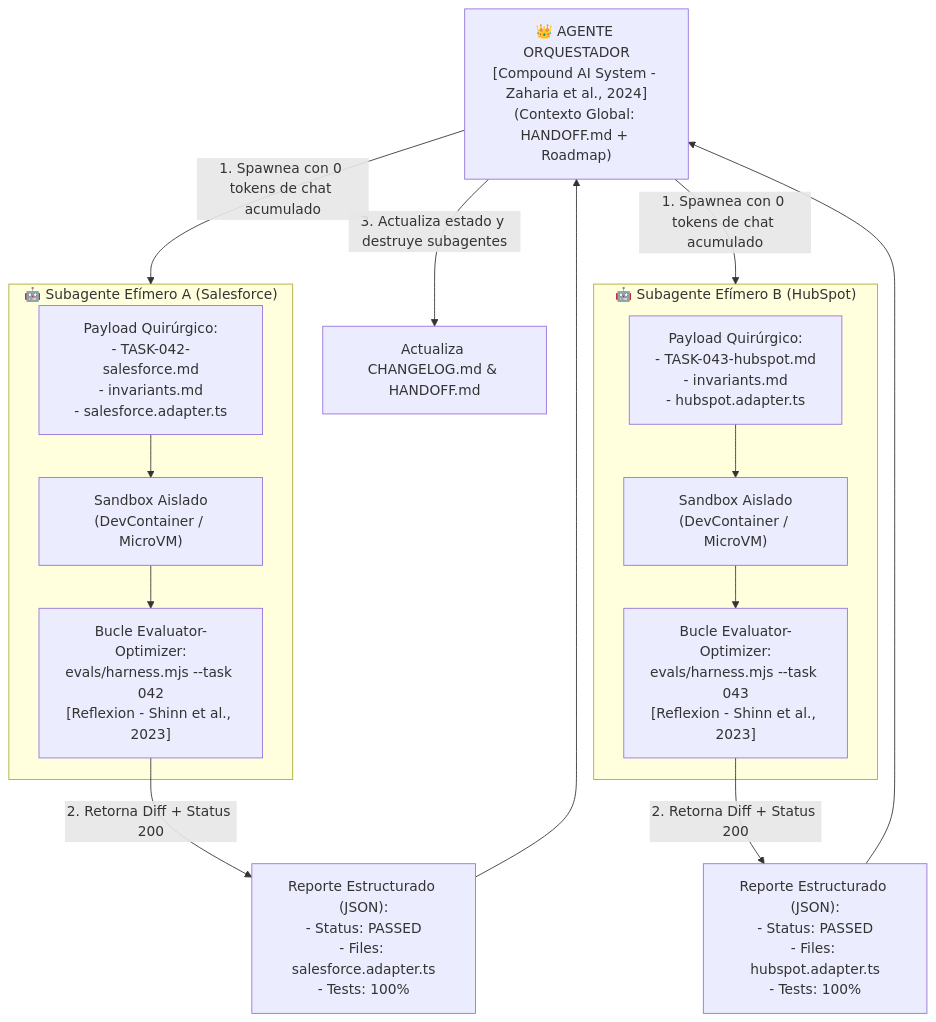
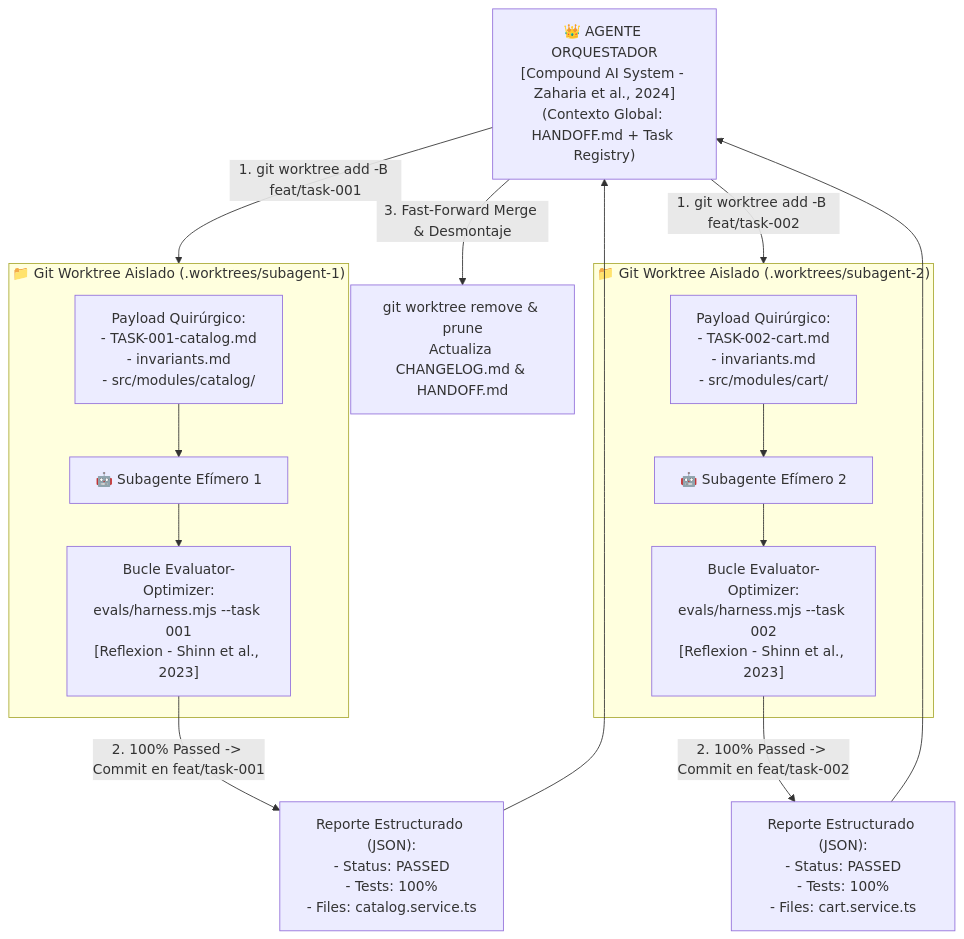
Before and after one commit to trautslab/ai-sdlc-framework: the second of 4 diagrams in docs/deep-dives/02-CONTEXT-GOVERNANCE-TOKENOMICS-AND-PLATFORMS.md, drawn with Mermaid. The commit also changed other lines of this file, not shown here.

Commit message:
docs(deep-dives): enrich Deep Dive 02 with Git Worktrees OS-level subagent isolation, Task Correlative Locks, and Stdio MCP architecture

````diff
--- a/docs/deep-dives/02-CONTEXT-GOVERNANCE-TOKENOMICS-AND-PLATFORMS.md
+++ b/docs/deep-dives/02-CONTEXT-GOVERNANCE-TOKENOMICS-AND-PLATFORMS.md
@@ -51,29 +55,29 @@
 ```mermaid
 flowchart TD
-    Orchestrator["👑 AGENTE ORQUESTADOR\n[Compound AI System - Zaharia et al., 2024]\n(Contexto Global: HANDOFF.md + Roadmap)"]
+    Orchestrator["👑 AGENTE ORQUESTADOR\n[Compound AI System - Zaharia et al., 2024]\n(Contexto Global: HANDOFF.md + Task Registry)"]
     
-    subgraph SUBAGENT_A["🤖 Subagente Efímero A (Salesforce)"]
-        PayloadA["Payload Quirúrgico:\n- TASK-042-salesforce.md\n- invariants.md\n- salesforce.adapter.ts"]
-        SandboxA["Sandbox Aislado\n(DevContainer / MicroVM)"]
-        EvalA["Bucle Evaluator-Optimizer:\nevals/harness.mjs --task 042\n[Reflexion - Shinn et al., 2023]"]
-        PayloadA --> SandboxA --> EvalA
+    subgraph WORKTREE_A["📁 Git Worktree Aislado (.worktrees/subagent-1)"]
+        PayloadA["Payload Quirúrgico:\n- TASK-001-catalog.md\n- invariants.md\n- src/modules/catalog/"]
+        SubagentA["🤖 Subagente Efímero 1"]
+        EvalA["Bucle Evaluator-Optimizer:\nevals/harness.mjs --task 001\n[Reflexion - Shinn et al., 2023]"]
+        PayloadA --> SubagentA --> EvalA
     end
 
-    subgraph SUBAGENT_B["🤖 Subagente Efímero B (HubSpot)"]
-        PayloadB["Payload Quirúrgico:\n- TASK-043-hubspot.md\n- invariants.md\n- hubspot.adapter.ts"]
-        SandboxB["Sandbox Aislado\n(DevContainer / MicroVM)"]
-        EvalB["Bucle Evaluator-Optimizer:\nevals/harness.mjs --task 043\n[Reflexion - Shinn et al., 2023]"]
-        PayloadB --> SandboxB --> EvalB
+    subgraph WORKTREE_B["📁 Git Worktree Aislado (.worktrees/subagent-2)"]
+        PayloadB["Payload Quirúrgico:\n- TASK-002-cart.md\n- invariants.md\n- src/modules/cart/"]
+        SubagentB["🤖 Subagente Efímero 2"]
+        EvalB["Bucle Evaluator-Optimizer:\nevals/harness.mjs --task 002\n[Reflexion - Shinn et al., 2023]"]
+        PayloadB --> SubagentB --> EvalB
     end
 
-    Orchestrator -->|1. Spawnea con 0 tokens de chat acumulado| SUBAGENT_A
-    Orchestrator -->|1. Spawnea con 0 tokens de chat acumulado| SUBAGENT_B
+    Orchestrator -->|1. git worktree add -B feat/task-001| WORKTREE_A
+    Orchestrator -->|1. git worktree add -B feat/task-002| WORKTREE_B
 
-    EvalA -- 2. Retorna Diff + Status 200 --> BubbleUpA["Reporte Estructurado (JSON):\n- Status: PASSED\n- Files: salesforce.adapter.ts\n- Tests: 100%"]
-    EvalB -- 2. Retorna Diff + Status 200 --> BubbleUpB["Reporte Estructurado (JSON):\n- Status: PASSED\n- Files: hubspot.adapter.ts\n- Tests: 100%"]
+    EvalA -- 2. 100% Passed -> Commit en feat/task-001 --> BubbleUpA["Reporte Estructurado (JSON):\n- Status: PASSED\n- Tests: 100%\n- Files: catalog.service.ts"]
+    EvalB -- 2. 100% Passed -> Commit en feat/task-002 --> BubbleUpB["Reporte Estructurado (JSON):\n- Status: PASSED\n- Tests: 100%\n- Files: cart.service.ts"]
 
     BubbleUpA --> Orchestrator
     BubbleUpB --> Orchestrator
     
-    Orchestrator -->|3. Actualiza estado y destruye subagentes| Release["Actualiza CHANGELOG.md & HANDOFF.md"]
+    Orchestrator -->|3. Fast-Forward Merge & Desmontaje| Release["git worktree remove & prune\nActualiza CHANGELOG.md & HANDOFF.md"]
 ```
````
